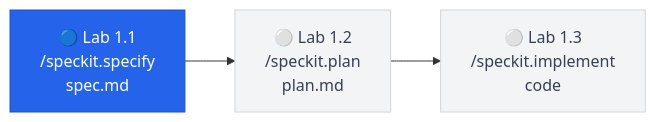
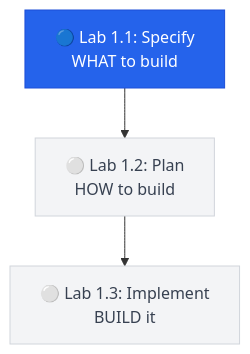
One commit to DataStoics/sdd-course-guide changed the diagram in labs/lab-1.1-init-and-spec.md. Above: the diagram before and after it, drawn with Mermaid. The commit also changed other lines of this file and 3 other files, not shown here.

Commit message:
fix: Mermaid TB layout, index callout, Lab 1.3 rewrite with natural language flow

````diff
--- a/labs/lab-1.1-init-and-spec.md
+++ b/labs/lab-1.1-init-and-spec.md
@@ -39,9 +39,9 @@
 ```mermaid
-flowchart LR
-    A["🔵 Lab 1.1<br/>/speckit.specify<br/>spec.md"] --> B["⚪ Lab 1.2<br/>/speckit.plan<br/>plan.md"]
-    B --> C["⚪ Lab 1.3<br/>/speckit.implement<br/>code"]
+flowchart TB
+    A["🔵 Lab 1.1: Specify<br/>WHAT to build"] --> B["⚪ Lab 1.2: Plan<br/>HOW to build"]
+    B --> C["⚪ Lab 1.3: Implement<br/>BUILD it"]
     
     style A fill:#2563eb,stroke:#1d4ed8,color:#fff
     style B fill:#f3f4f6,stroke:#d1d5db,color:#374151
     style C fill:#f3f4f6,stroke:#d1d5db,color:#374151
 ```
````
